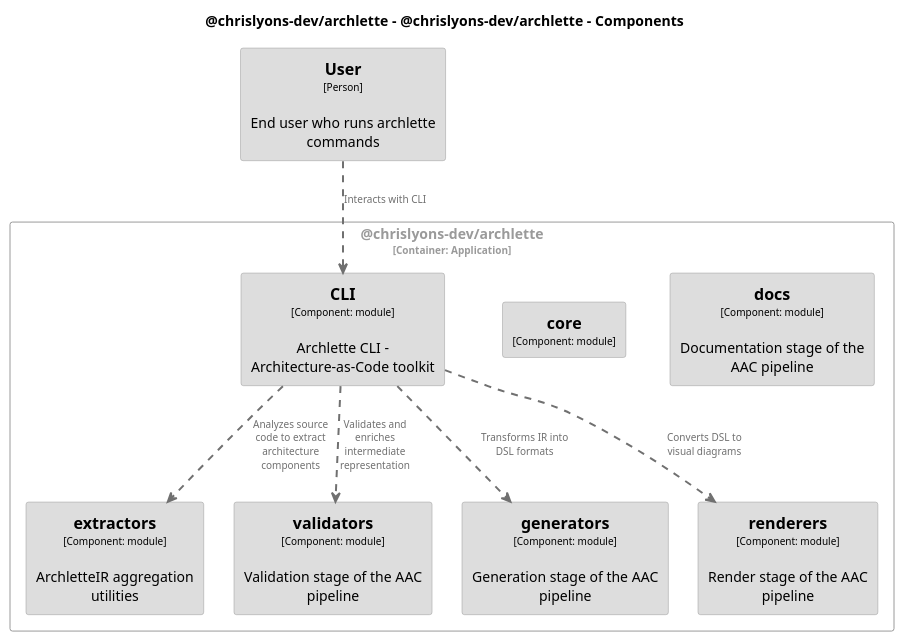
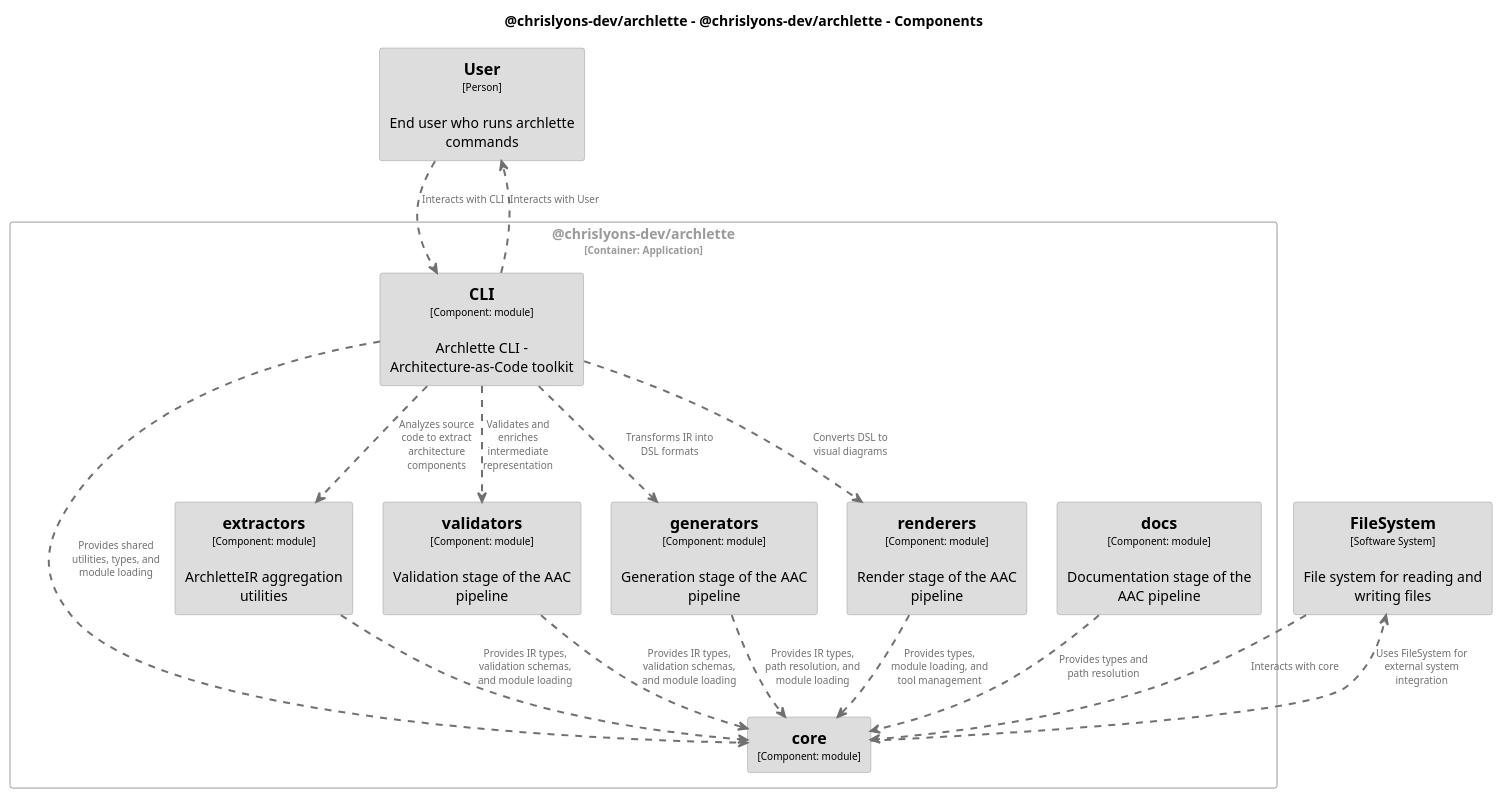
One commit to chrislyons-dev/archlette changed the diagram in docs/architecture/diagrams/plantuml/structurizr-Components__chrislyons_dev_archlette.puml. Above: the diagram before and after it, drawn with PlantUML. The commit also changed 23 other files, not shown here.

```diff
--- a/docs/architecture/diagrams/plantuml/structurizr-Components__chrislyons_dev_archlette.puml
+++ b/docs/architecture/diagrams/plantuml/structurizr-Components__chrislyons_dev_archlette.puml
@@ -1,89 +1,105 @@
 @startuml
 set separator none
 title @chrislyons-dev/archlette - @chrislyons-dev/archlette - Components
 
 top to bottom direction
 skinparam ranksep 60
 skinparam nodesep 30
 
 skinparam {
   arrowFontSize 10
   defaultTextAlignment center
   wrapWidth 200
   maxMessageSize 100
 }
 
 hide stereotype
 
 skinparam rectangle<<chrislyonsdevarchlette.chrislyonsdevarchlette.CLI>> {
+  BackgroundColor #dddddd
+  FontColor #000000
+  BorderColor #9a9a9a
+  shadowing false
+}
+skinparam rectangle<<FileSystem>> {
   BackgroundColor #dddddd
   FontColor #000000
   BorderColor #9a9a9a
   shadowing false
 }
 skinparam rectangle<<User>> {
   BackgroundColor #dddddd
   FontColor #000000
   BorderColor #9a9a9a
   shadowing false
 }
 skinparam rectangle<<chrislyonsdevarchlette.chrislyonsdevarchlette.core>> {
   BackgroundColor #dddddd
   FontColor #000000
   BorderColor #9a9a9a
   shadowing false
 }
 skinparam rectangle<<chrislyonsdevarchlette.chrislyonsdevarchlette.docs>> {
   BackgroundColor #dddddd
   FontColor #000000
   BorderColor #9a9a9a
   shadowing false
 }
 skinparam rectangle<<chrislyonsdevarchlette.chrislyonsdevarchlette.extractors>> {
   BackgroundColor #dddddd
   FontColor #000000
   BorderColor #9a9a9a
   shadowing false
 }
 skinparam rectangle<<chrislyonsdevarchlette.chrislyonsdevarchlette.generators>> {
   BackgroundColor #dddddd
   FontColor #000000
   BorderColor #9a9a9a
   shadowing false
 }
 skinparam rectangle<<chrislyonsdevarchlette.chrislyonsdevarchlette.renderers>> {
   BackgroundColor #dddddd
   FontColor #000000
   BorderColor #9a9a9a
   shadowing false
 }
 skinparam rectangle<<chrislyonsdevarchlette.chrislyonsdevarchlette.validators>> {
   BackgroundColor #dddddd
   FontColor #000000
   BorderColor #9a9a9a
   shadowing false
 }
 skinparam rectangle<<chrislyonsdevarchlette.chrislyonsdevarchlette>> {
   BorderColor #9a9a9a
   FontColor #9a9a9a
   shadowing false
 }
 
 rectangle "==User\n<size:10>[Person]</size>\n\nEnd user who runs archlette commands" <<User>> as User
+rectangle "==FileSystem\n<size:10>[Software System]</size>\n\nFile system for reading and writing files" <<FileSystem>> as FileSystem
 
 rectangle "@chrislyons-dev/archlette\n<size:10>[Container: Application]</size>" <<chrislyonsdevarchlette.chrislyonsdevarchlette>> {
   rectangle "==docs\n<size:10>[Component: module]</size>\n\nDocumentation stage of the AAC pipeline" <<chrislyonsdevarchlette.chrislyonsdevarchlette.docs>> as chrislyonsdevarchlette.chrislyonsdevarchlette.docs
   rectangle "==core\n<size:10>[Component: module]</size>" <<chrislyonsdevarchlette.chrislyonsdevarchlette.core>> as chrislyonsdevarchlette.chrislyonsdevarchlette.core
   rectangle "==CLI\n<size:10>[Component: module]</size>\n\nArchlette CLI - Architecture-as-Code toolkit" <<chrislyonsdevarchlette.chrislyonsdevarchlette.CLI>> as chrislyonsdevarchlette.chrislyonsdevarchlette.CLI
   rectangle "==extractors\n<size:10>[Component: module]</size>\n\nArchletteIR aggregation utilities" <<chrislyonsdevarchlette.chrislyonsdevarchlette.extractors>> as chrislyonsdevarchlette.chrislyonsdevarchlette.extractors
   rectangle "==validators\n<size:10>[Component: module]</size>\n\nValidation stage of the AAC pipeline" <<chrislyonsdevarchlette.chrislyonsdevarchlette.validators>> as chrislyonsdevarchlette.chrislyonsdevarchlette.validators
   rectangle "==generators\n<size:10>[Component: module]</size>\n\nGeneration stage of the AAC pipeline" <<chrislyonsdevarchlette.chrislyonsdevarchlette.generators>> as chrislyonsdevarchlette.chrislyonsdevarchlette.generators
   rectangle "==renderers\n<size:10>[Component: module]</size>\n\nRender stage of the AAC pipeline" <<chrislyonsdevarchlette.chrislyonsdevarchlette.renderers>> as chrislyonsdevarchlette.chrislyonsdevarchlette.renderers
 }
 
 chrislyonsdevarchlette.chrislyonsdevarchlette.CLI .[#707070,thickness=2].> chrislyonsdevarchlette.chrislyonsdevarchlette.extractors : "<color:#707070>Analyzes source code to extract architecture components"
 chrislyonsdevarchlette.chrislyonsdevarchlette.CLI .[#707070,thickness=2].> chrislyonsdevarchlette.chrislyonsdevarchlette.validators : "<color:#707070>Validates and enriches intermediate representation"
 chrislyonsdevarchlette.chrislyonsdevarchlette.CLI .[#707070,thickness=2].> chrislyonsdevarchlette.chrislyonsdevarchlette.generators : "<color:#707070>Transforms IR into DSL formats"
 chrislyonsdevarchlette.chrislyonsdevarchlette.CLI .[#707070,thickness=2].> chrislyonsdevarchlette.chrislyonsdevarchlette.renderers : "<color:#707070>Converts DSL to visual diagrams"
+chrislyonsdevarchlette.chrislyonsdevarchlette.CLI .[#707070,thickness=2].> chrislyonsdevarchlette.chrislyonsdevarchlette.core : "<color:#707070>Provides shared utilities, types, and module loading"
+chrislyonsdevarchlette.chrislyonsdevarchlette.extractors .[#707070,thickness=2].> chrislyonsdevarchlette.chrislyonsdevarchlette.core : "<color:#707070>Provides IR types, validation schemas, and module loading"
+chrislyonsdevarchlette.chrislyonsdevarchlette.validators .[#707070,thickness=2].> chrislyonsdevarchlette.chrislyonsdevarchlette.core : "<color:#707070>Provides IR types, validation schemas, and module loading"
+chrislyonsdevarchlette.chrislyonsdevarchlette.generators .[#707070,thickness=2].> chrislyonsdevarchlette.chrislyonsdevarchlette.core : "<color:#707070>Provides IR types, path resolution, and module loading"
+chrislyonsdevarchlette.chrislyonsdevarchlette.renderers .[#707070,thickness=2].> chrislyonsdevarchlette.chrislyonsdevarchlette.core : "<color:#707070>Provides types, module loading, and tool management"
+chrislyonsdevarchlette.chrislyonsdevarchlette.docs .[#707070,thickness=2].> chrislyonsdevarchlette.chrislyonsdevarchlette.core : "<color:#707070>Provides types and path resolution"
 User .[#707070,thickness=2].> chrislyonsdevarchlette.chrislyonsdevarchlette.CLI : "<color:#707070>Interacts with CLI"
+FileSystem .[#707070,thickness=2].> chrislyonsdevarchlette.chrislyonsdevarchlette.core : "<color:#707070>Interacts with core"
+chrislyonsdevarchlette.chrislyonsdevarchlette.CLI .[#707070,thickness=2].> User : "<color:#707070>Interacts with User"
+chrislyonsdevarchlette.chrislyonsdevarchlette.core .[#707070,thickness=2].> FileSystem : "<color:#707070>Uses FileSystem for external system integration"
 @enduml
```
